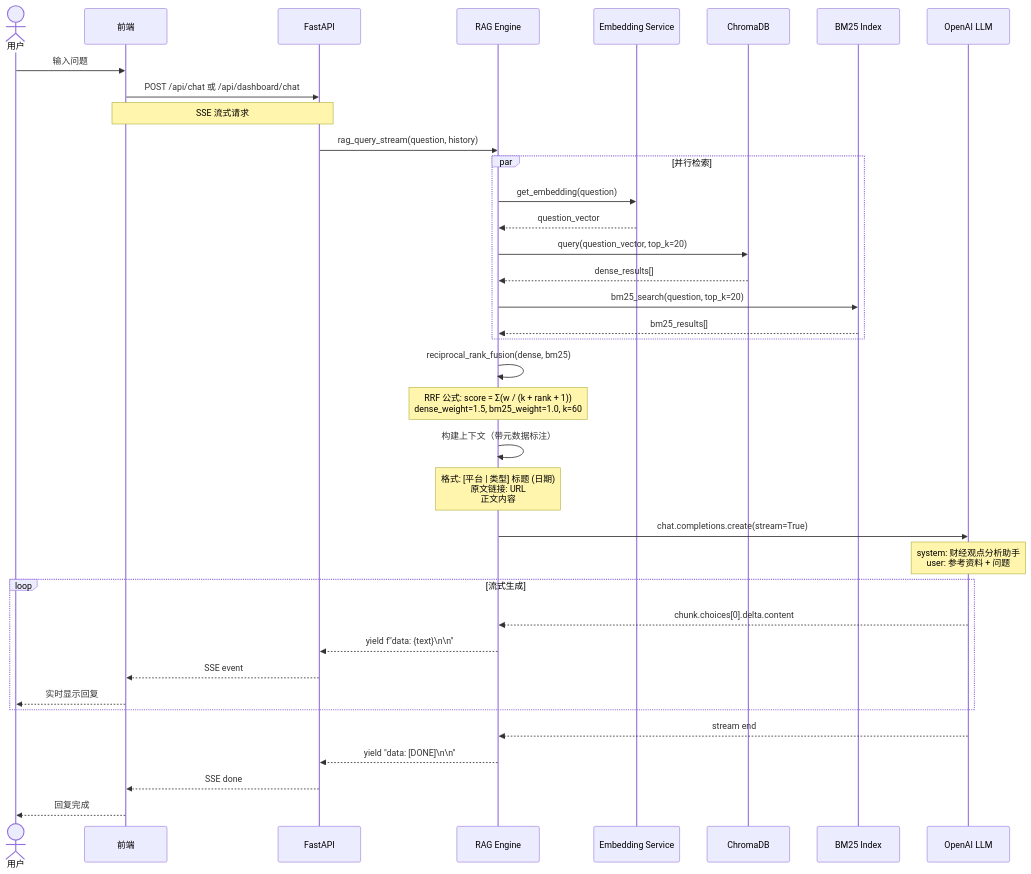
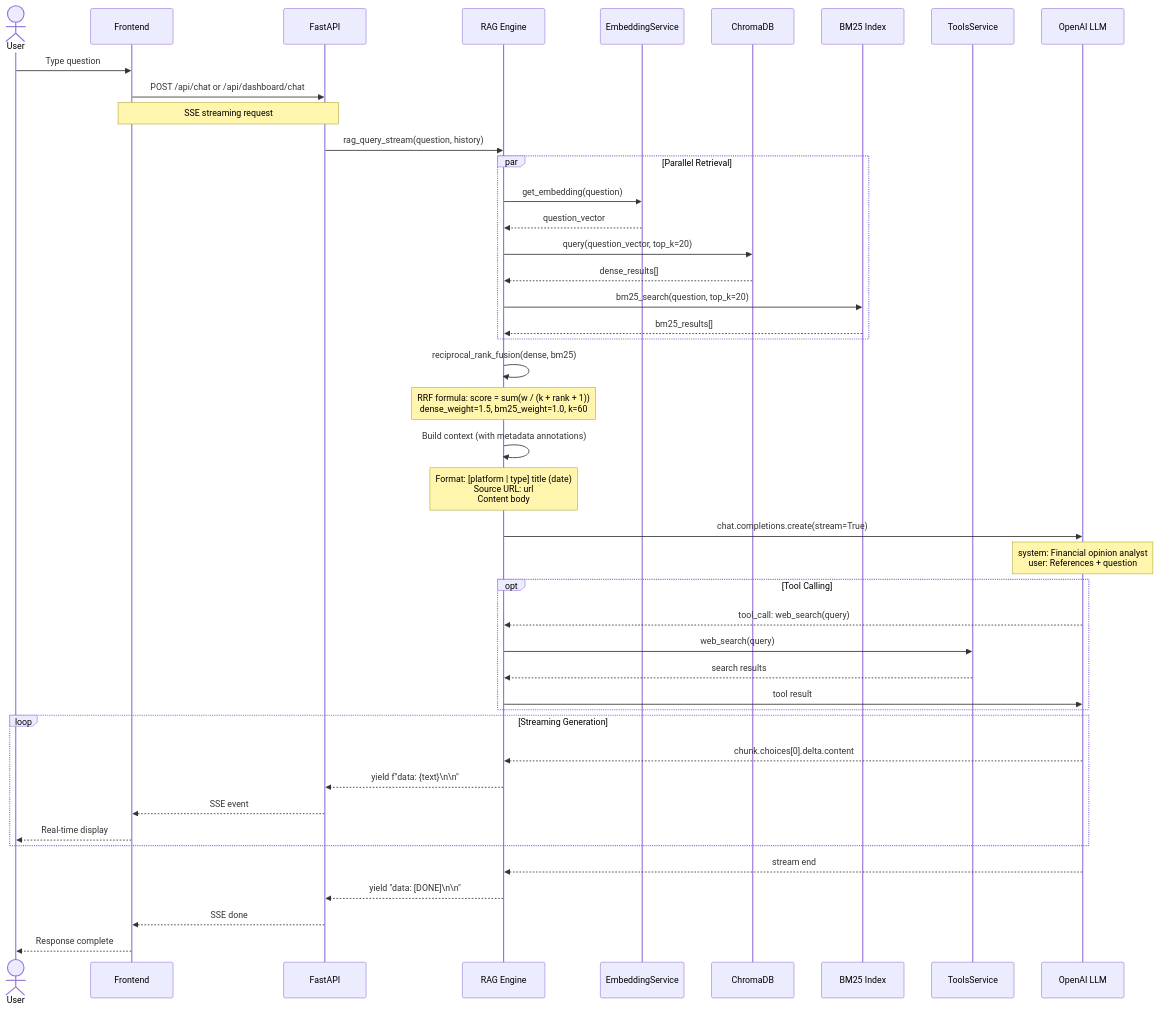
Before and after one commit to XUranus/dungeon: the fifth of 6 diagrams in docs/docs/architecture/data-flow.mdx, drawn with Mermaid. The commit also changed other lines of this file and 75 other files, not shown here.

````diff
--- a/docs/docs/architecture/data-flow.mdx
+++ b/docs/docs/architecture/data-flow.mdx
@@ -449,49 +199,57 @@
 ```mermaid
 sequenceDiagram
-    actor User as 用户
-    participant FE as 前端
+    actor User as User
+    participant FE as Frontend
     participant API as FastAPI
     participant RAG as RAG Engine
-    participant Emb as Embedding Service
+    participant Emb as EmbeddingService
     participant Vec as ChromaDB
     participant BM25 as BM25 Index
+    participant Tools as ToolsService
     participant LLM as OpenAI LLM
 
-    User->>FE: 输入问题
-    FE->>API: POST /api/chat 或 /api/dashboard/chat
-    Note over FE,API: SSE 流式请求
+    User->>FE: Type question
+    FE->>API: POST /api/chat or /api/dashboard/chat
+    Note over FE,API: SSE streaming request
 
     API->>RAG: rag_query_stream(question, history)
 
-    par 并行检索
+    par Parallel Retrieval
         RAG->>Emb: get_embedding(question)
         Emb-->>RAG: question_vector
 
         RAG->>Vec: query(question_vector, top_k=20)
         Vec-->>RAG: dense_results[]
 
         RAG->>BM25: bm25_search(question, top_k=20)
         BM25-->>RAG: bm25_results[]
     end
 
     RAG->>RAG: reciprocal_rank_fusion(dense, bm25)
-    Note over RAG: RRF 公式: score = Σ(w / (k + rank + 1))<br/>dense_weight=1.5, bm25_weight=1.0, k=60
+    Note over RAG: RRF formula: score = sum(w / (k + rank + 1))<br/>dense_weight=1.5, bm25_weight=1.0, k=60
 
-    RAG->>RAG: 构建上下文（带元数据标注）
-    Note over RAG: 格式: [平台 | 类型] 标题 (日期)<br/>原文链接: URL<br/>正文内容
+    RAG->>RAG: Build context (with metadata annotations)
+    Note over RAG: Format: [platform | type] title (date)<br/>Source URL: url<br/>Content body
 
     RAG->>LLM: chat.completions.create(stream=True)
-    Note over LLM: system: 财经观点分析助手<br/>user: 参考资料 + 问题
+    Note over LLM: system: Financial opinion analyst<br/>user: References + question
 
-    loop 流式生成
+    opt Tool Calling
+        LLM-->>RAG: tool_call: web_search(query)
+        RAG->>Tools: web_search(query)
+        Tools-->>RAG: search results
+        RAG->>LLM: tool result
+    end
+
+    loop Streaming Generation
         LLM-->>RAG: chunk.choices[0].delta.content
         RAG-->>API: yield f"data: {text}\n\n"
         API-->>FE: SSE event
-        FE-->>User: 实时显示回复
+        FE-->>User: Real-time display
     end
 
     LLM-->>RAG: stream end
     RAG-->>API: yield "data: [DONE]\n\n"
     API-->>FE: SSE done
-    FE-->>User: 回复完成
+    FE-->>User: Response complete
 ```
````
